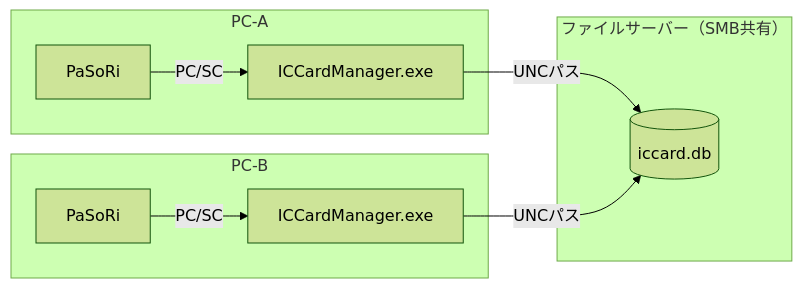
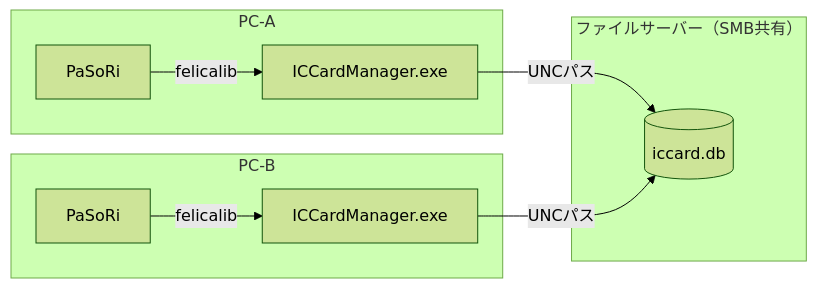
One commit to kuwayamamasayuki/ICCardManager changed the third of 3 diagrams in ICCardManager/docs/design/01_システム概要設計書.md. Above: the diagram before and after it, drawn with Mermaid (forest theme). The commit also changed other lines of this file and 21 other files, not shown here.

````diff
--- a/ICCardManager/docs/design/01_システム概要設計書.md
+++ b/ICCardManager/docs/design/01_システム概要設計書.md
@@ -113,21 +113,21 @@
 ```mermaid
 graph LR
     subgraph "PC-A"
         APP_A[ICCardManager.exe]
         PASORI_A[PaSoRi]
     end
 
     subgraph "PC-B"
         APP_B[ICCardManager.exe]
         PASORI_B[PaSoRi]
     end
 
     subgraph "ファイルサーバー（SMB共有）"
         SHARED_DB[(iccard.db)]
     end
 
     APP_A -->|UNCパス| SHARED_DB
     APP_B -->|UNCパス| SHARED_DB
-    PASORI_A -->|PC/SC| APP_A
-    PASORI_B -->|PC/SC| APP_B
+    PASORI_A -->|felicalib| APP_A
+    PASORI_B -->|felicalib| APP_B
 ```
````
